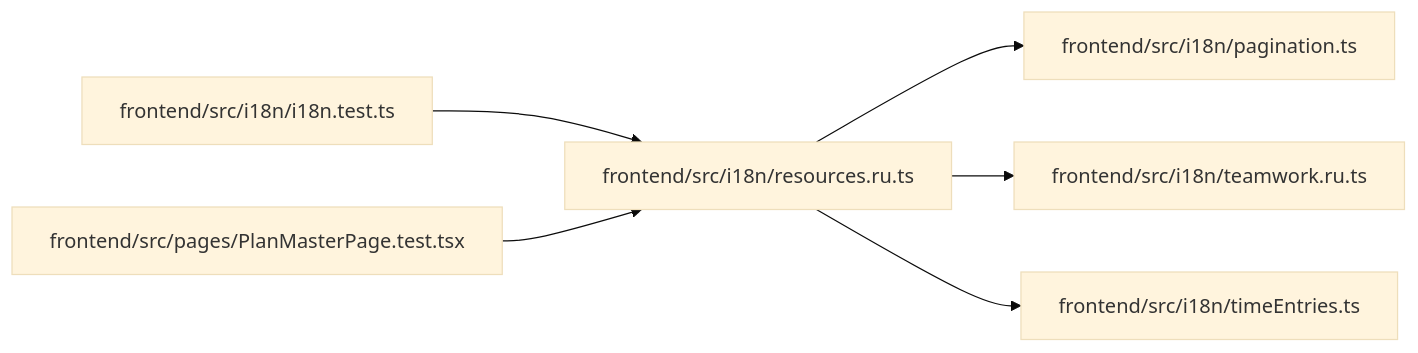
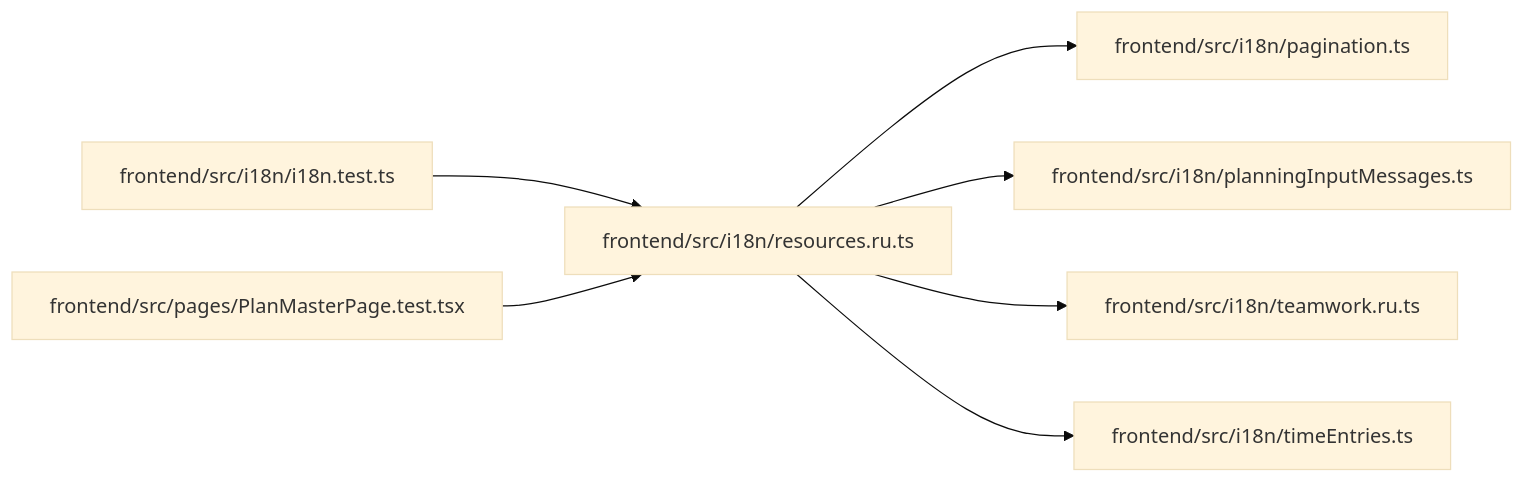
One commit to Denissvgn/WorkChord changed the diagram in docs/llm_wiki/modules/resources.ru.md. Above: the diagram before and after it, drawn with Mermaid (base theme). The commit also changed other lines of this file and 10148 other files, not shown here.

````diff
--- a/docs/llm_wiki/modules/resources.ru.md
+++ b/docs/llm_wiki/modules/resources.ru.md
@@ -27,20 +28,23 @@
 ```mermaid
 flowchart LR
     n0["frontend/src/i18n/i18n.test.ts"]
     n1["frontend/src/i18n/pagination.ts"]
-    n2["frontend/src/i18n/resources.ru.ts"]
-    n3["frontend/src/i18n/teamwork.ru.ts"]
-    n4["frontend/src/i18n/timeEntries.ts"]
-    n5["frontend/src/pages/PlanMasterPage.test.tsx"]
-    n0 --> n2
-    n2 --> n1
-    n2 --> n3
-    n2 --> n4
-    n5 --> n2
+    n2["frontend/src/i18n/planningInputMessages.ts"]
+    n3["frontend/src/i18n/resources.ru.ts"]
+    n4["frontend/src/i18n/teamwork.ru.ts"]
+    n5["frontend/src/i18n/timeEntries.ts"]
+    n6["frontend/src/pages/PlanMasterPage.test.tsx"]
+    n0 --> n3
+    n3 --> n1
+    n3 --> n2
+    n3 --> n4
+    n3 --> n5
+    n6 --> n3
     click n0 "../modules/i18n.test.md"
     click n1 "../modules/pagination.md"
-    click n2 "../modules/resources.ru.md"
-    click n3 "../modules/teamwork.ru.md"
-    click n4 "../modules/timeEntries.md"
-    click n5 "../modules/PlanMasterPage.test.md"
+    click n2 "../modules/planningInputMessages.md"
+    click n3 "../modules/resources.ru.md"
+    click n4 "../modules/teamwork.ru.md"
+    click n5 "../modules/timeEntries.md"
+    click n6 "../modules/PlanMasterPage.test.md"
 ```
````
